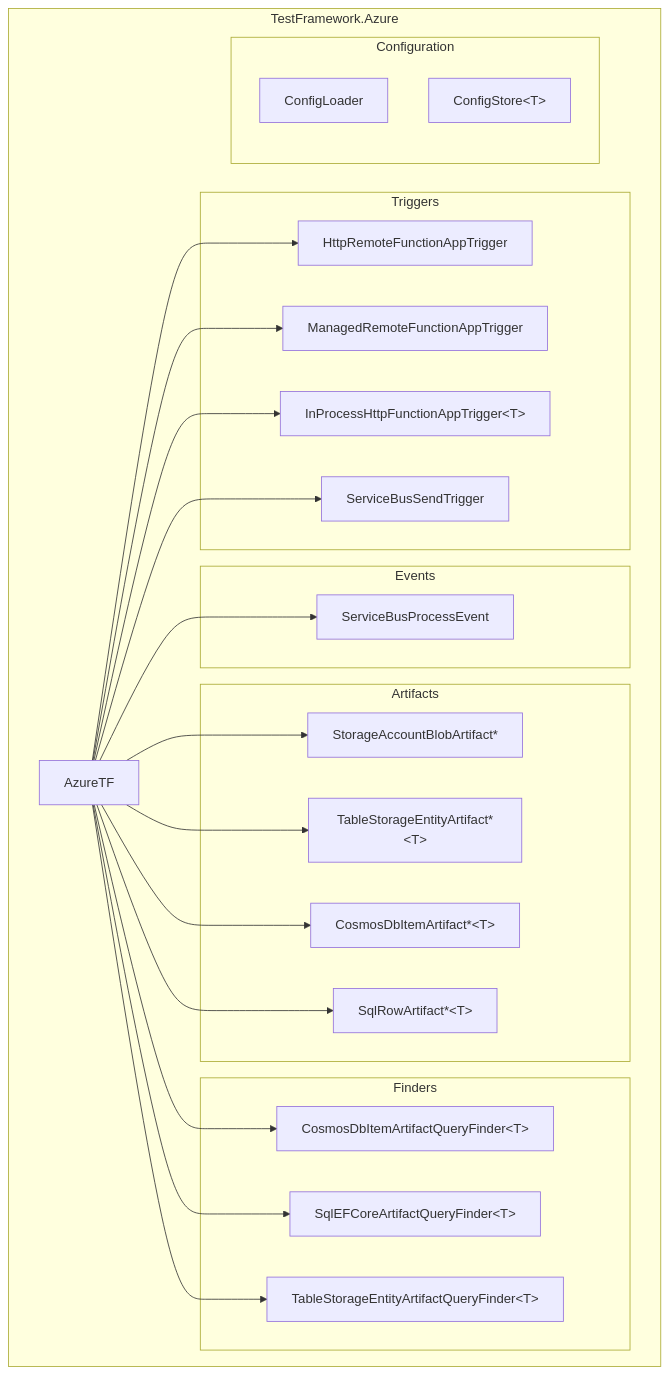
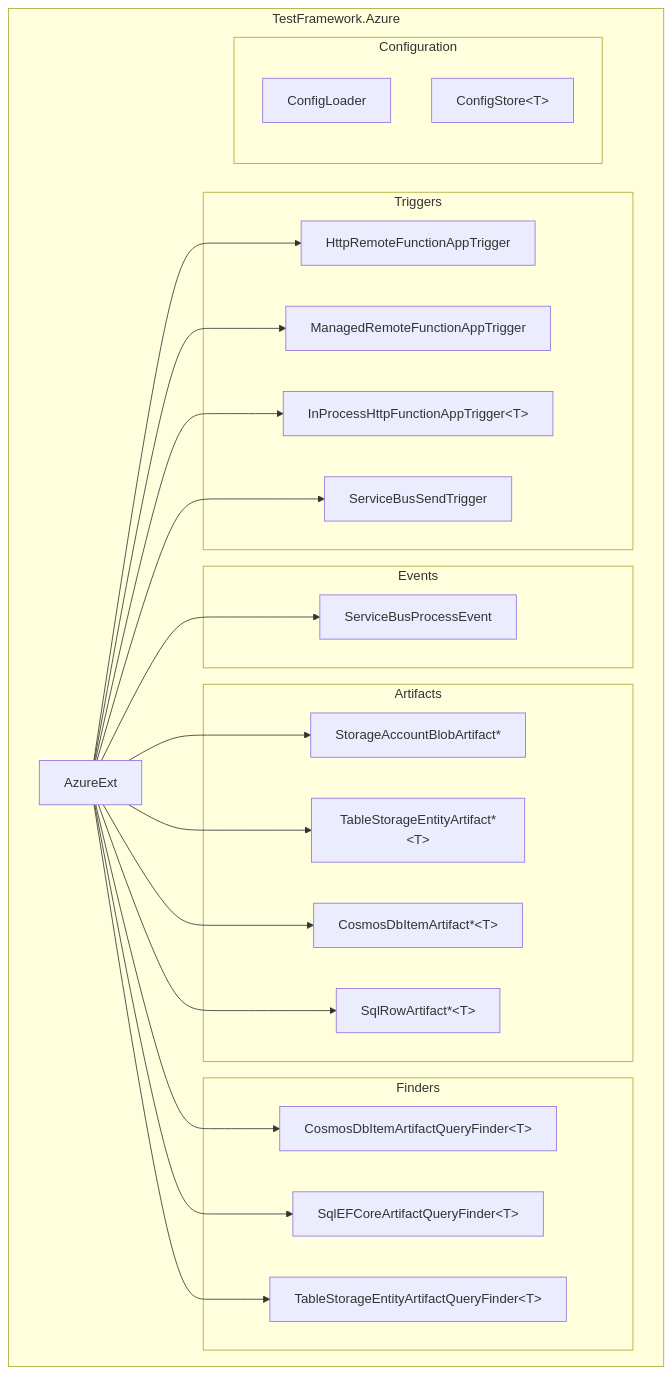
One commit to DeadMoon0/TestFramework-Azure changed the third of 17 diagrams in Documentation/Arc42.md. Above: the diagram before and after it, drawn with Mermaid. The commit also changed other lines of this file and 28 other files, not shown here.

````diff
--- a/Documentation/Arc42.md
+++ b/Documentation/Arc42.md
@@ -172,42 +172,42 @@
 ```mermaid
 graph TB
     subgraph TestFramework.Azure
-        ATF[AzureTF]
+        ATF[AzureExt]
         subgraph Triggers
             FHTTP[HttpRemoteFunctionAppTrigger]
             FMAN[ManagedRemoteFunctionAppTrigger]
             FIP["InProcessHttpFunctionAppTrigger&lt;T&gt;"]
             SBS[ServiceBusSendTrigger]
         end
         subgraph Artifacts
             BLOB[StorageAccountBlobArtifact*]
             TBL["TableStorageEntityArtifact*&lt;T&gt;"]
             COSM["CosmosDbItemArtifact*&lt;T&gt;"]
             SQLR["SqlRowArtifact*&lt;T&gt;"]
         end
         subgraph Events
             SBE[ServiceBusProcessEvent]
         end
         subgraph Finders
             COSMF["CosmosDbItemArtifactQueryFinder&lt;T&gt;"]
             SQLF["SqlEFCoreArtifactQueryFinder&lt;T&gt;"]
             TBLF["TableStorageEntityArtifactQueryFinder&lt;T&gt;"]
         end
         subgraph Configuration
             CL[ConfigLoader]
             CS["ConfigStore&lt;T&gt;"]
         end
     end
     ATF --> FHTTP
     ATF --> FMAN
     ATF --> FIP
     ATF --> SBS
     ATF --> SBE
     ATF --> BLOB
     ATF --> TBL
     ATF --> COSM
     ATF --> SQLR
     ATF --> COSMF
     ATF --> SQLF
     ATF --> TBLF
 ```
````
